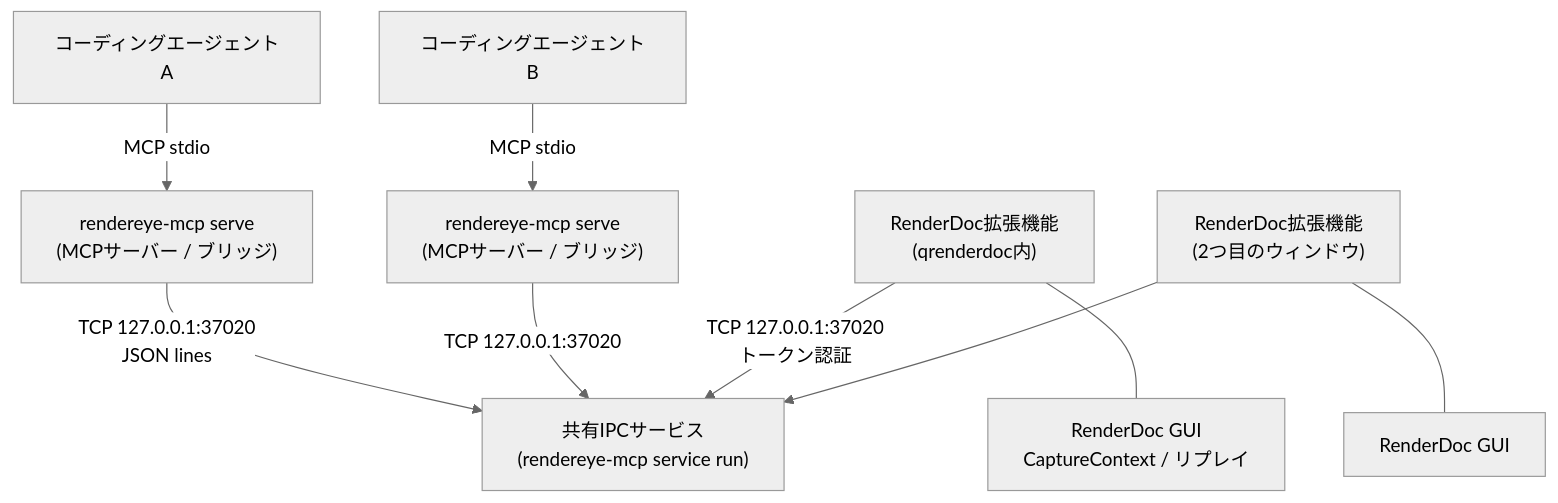
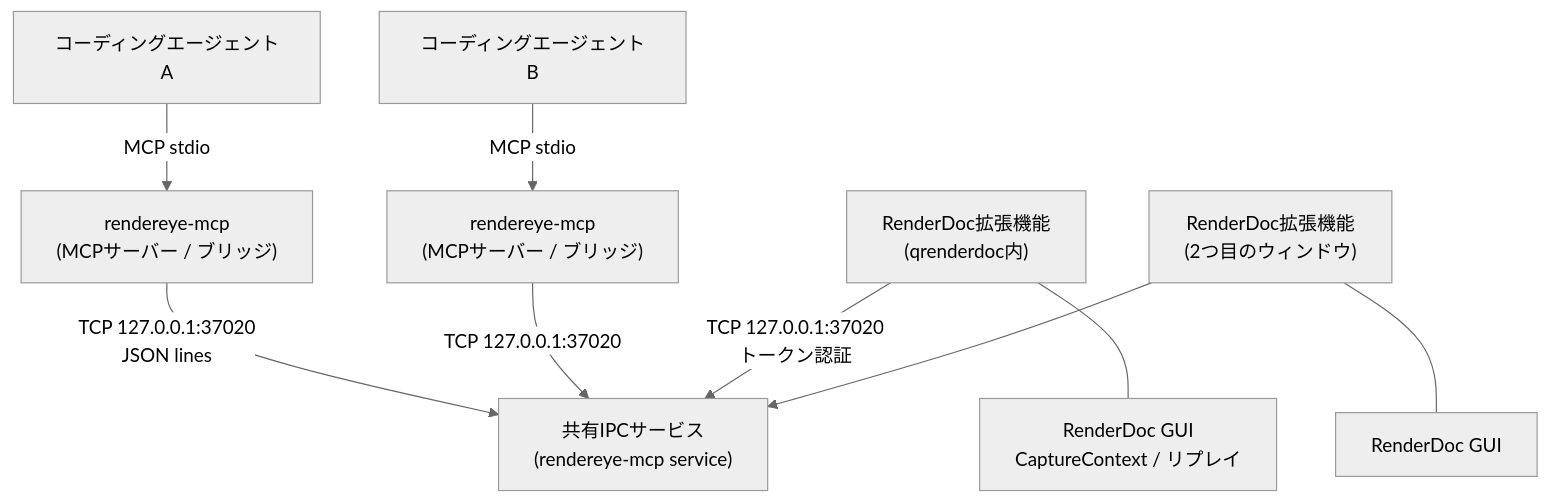
One commit to taqu/RenderEyeMCP changed the diagram in docs/ja/architecture.md. Above: the diagram before and after it, drawn with Mermaid (neutral theme). The commit also changed other lines of this file and 69 other files, not shown here.

````diff
--- a/docs/ja/architecture.md
+++ b/docs/ja/architecture.md
@@ -11,11 +9,11 @@
 ```mermaid
 flowchart TB
-    A1[コーディングエージェントA] -- MCP stdio --> B1["rendereye-mcp serve<br/>(MCPサーバー / ブリッジ)"]
-    A2[コーディングエージェントB] -- MCP stdio --> B2["rendereye-mcp serve<br/>(MCPサーバー / ブリッジ)"]
-    B1 -- "TCP 127.0.0.1:37020<br/>JSON lines" --> S["共有IPCサービス<br/>(rendereye-mcp service run)"]
+    A1[コーディングエージェントA] -- MCP stdio --> B1["rendereye-mcp<br/>(MCPサーバー / ブリッジ)"]
+    A2[コーディングエージェントB] -- MCP stdio --> B2["rendereye-mcp<br/>(MCPサーバー / ブリッジ)"]
+    B1 -- "TCP 127.0.0.1:37020<br/>JSON lines" --> S["共有IPCサービス<br/>(rendereye-mcp service)"]
     B2 -- "TCP 127.0.0.1:37020" --> S
     E1["RenderDoc拡張機能<br/>(qrenderdoc内)"] -- "TCP 127.0.0.1:37020<br/>トークン認証" --> S
     E1 --- R1["RenderDoc GUI<br/>CaptureContext / リプレイ"]
     E2["RenderDoc拡張機能<br/>(2つ目のウィンドウ)"] --> S
     E2 --- R2[RenderDoc GUI]
 ```
````
